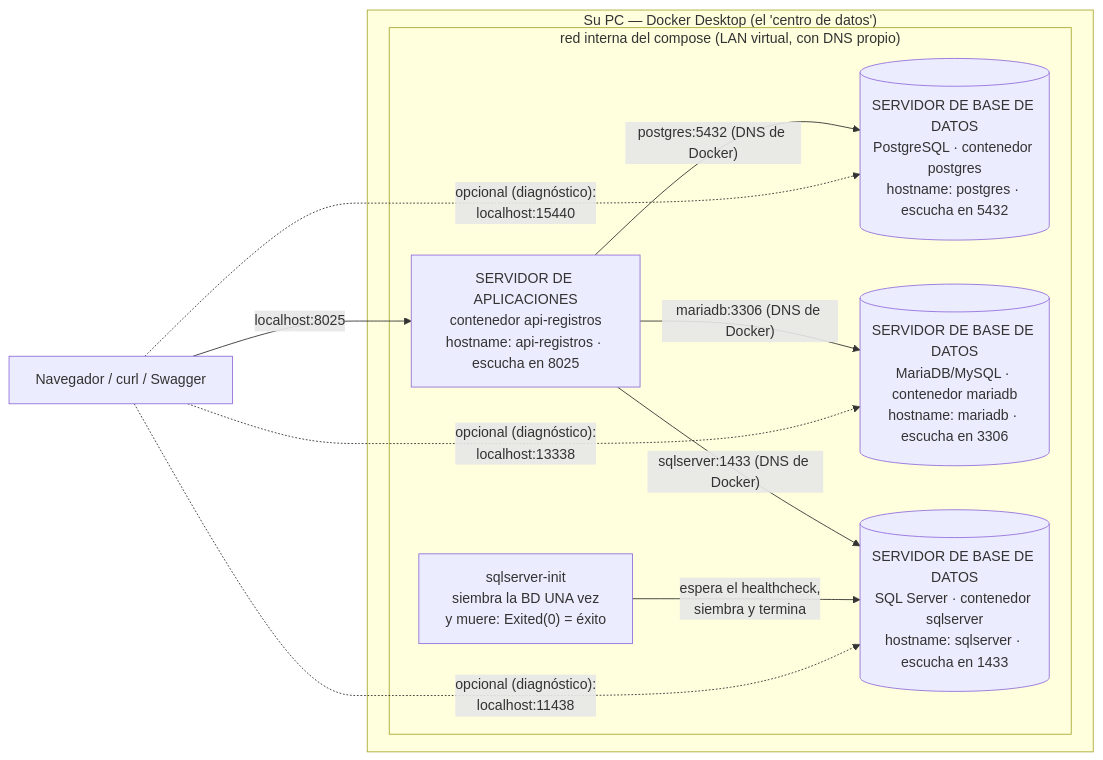
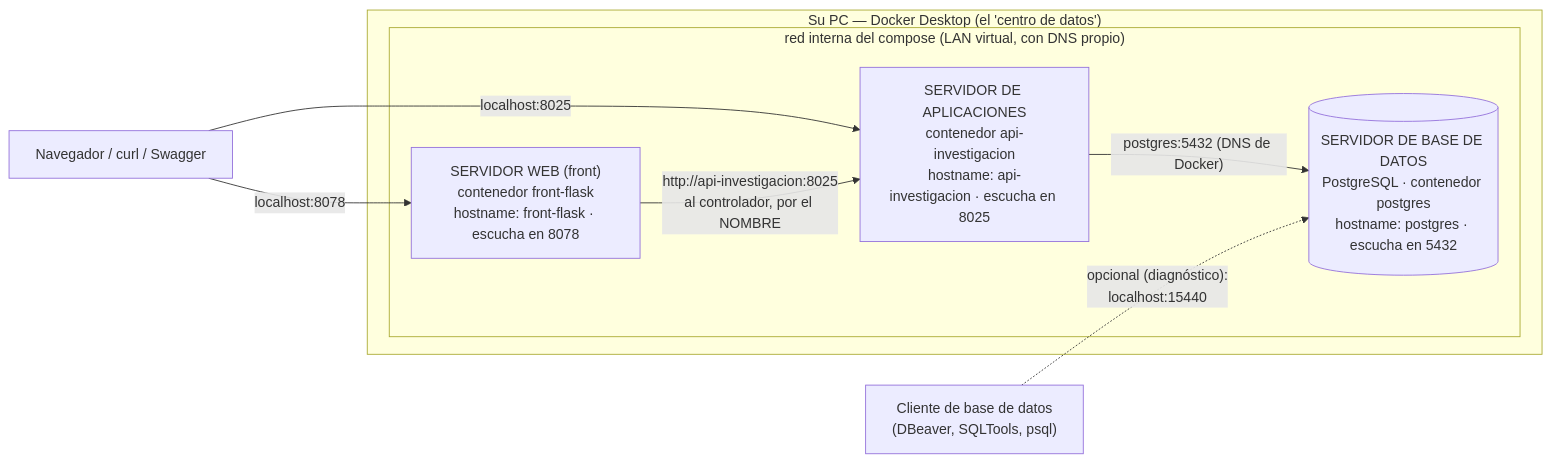
One commit to ccastro2050/proyecto_paradigmas_investigacion1 changed the first of 2 diagrams in docs/CONCEPTOS_DOCKER.md. Above: the diagram before and after it, drawn with Mermaid. The commit also changed other lines of this file, not shown here.

Commit message:
docs(docker): el diagrama sale del docker-compose real, y ninguna flecha miente
Tres cosas que el dibujo decia y no eran ciertas:

1. Una flecha punteada iba del FRONT a una base de datos para decir que NO
   existe. Dibujar lo que no pasa ensena lo contrario: lo que queda es la
   linea, y ademas sugeria que lo unico que lo impide es estar en otra red.
   Se quita. El front habla con los controladores de la API y ahi se acaba.

2. La punteada al puerto de la base salia del navegador, y un navegador no
   habla SQL. Esa conexion si existe, pero quien la usa es un cliente de base
   de datos: ahora tiene su propio nodo.

3. El diagrama de despliegue venia copiado de otro proyecto: dibujaba
   contenedores que no existen aqui, se saltaba el front entero y citaba
   puertos de otro repositorio. Ahora se genera desde el docker-compose.yml
   de ESTE repo: un nodo por servicio declarado, una puerta localhost:N solo
   si el compose la publica, y una flecha entre servicios solo si uno nombra
   al otro en su environment o en depends_on.

Verificado: 169 puertas dibujadas, 0 que el compose no publique; 0 repos con
contenedores inventados u omitidos; los diagramas renderizan con mmdc.

````diff
--- a/docs/CONCEPTOS_DOCKER.md
+++ b/docs/CONCEPTOS_DOCKER.md
@@ -195,21 +195,17 @@
 ```mermaid
 flowchart LR
     NAV["Navegador / curl / Swagger"]
+    CLIENTE["Cliente de base de datos<br/>(DBeaver, SQLTools, psql)"]
     subgraph PC["Su PC — Docker Desktop (el 'centro de datos')"]
         subgraph RED["red interna del compose (LAN virtual, con DNS propio)"]
-            APIFACTURAS["SERVIDOR DE APLICACIONES<br/>contenedor api-registros<br/>hostname: api-registros · escucha en 8025"]
+            FRONTFLASK["SERVIDOR WEB (front)<br/>contenedor front-flask<br/>hostname: front-flask · escucha en 8078"]
+            APIINVESTIGACION["SERVIDOR DE APLICACIONES<br/>contenedor api-investigacion<br/>hostname: api-investigacion · escucha en 8025"]
             POSTGRES[("SERVIDOR DE BASE DE DATOS<br/>PostgreSQL · contenedor postgres<br/>hostname: postgres · escucha en 5432")]
-            MARIADB[("SERVIDOR DE BASE DE DATOS<br/>MariaDB/MySQL · contenedor mariadb<br/>hostname: mariadb · escucha en 3306")]
-            SQLSERVER[("SERVIDOR DE BASE DE DATOS<br/>SQL Server · contenedor sqlserver<br/>hostname: sqlserver · escucha en 1433")]
-            SQLSERVERINIT["sqlserver-init<br/>siembra la BD UNA vez<br/>y muere: Exited(0) = éxito"]
         end
     end
-    NAV -->|"localhost:8025"| APIFACTURAS
-    APIFACTURAS -->|"postgres:5432 (DNS de Docker)"| POSTGRES
-    APIFACTURAS -->|"mariadb:3306 (DNS de Docker)"| MARIADB
-    APIFACTURAS -->|"sqlserver:1433 (DNS de Docker)"| SQLSERVER
-    SQLSERVERINIT -->|"espera el healthcheck,<br/>siembra y termina"| SQLSERVER
-    NAV -.->|"opcional (diagnóstico):<br/>localhost:15440"| POSTGRES
-    NAV -.->|"opcional (diagnóstico):<br/>localhost:13338"| MARIADB
-    NAV -.->|"opcional (diagnóstico):<br/>localhost:11438"| SQLSERVER
+    NAV -->|"localhost:8025"| APIINVESTIGACION
+    NAV -->|"localhost:8078"| FRONTFLASK
+    APIINVESTIGACION -->|"postgres:5432 (DNS de Docker)"| POSTGRES
+    FRONTFLASK -->|"http://api-investigacion:8025<br/>al controlador, por el NOMBRE"| APIINVESTIGACION
+    CLIENTE -.->|"opcional (diagnóstico):<br/>localhost:15440"| POSTGRES
 ```
````
